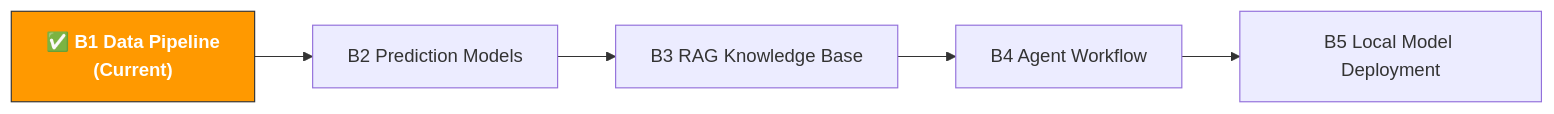
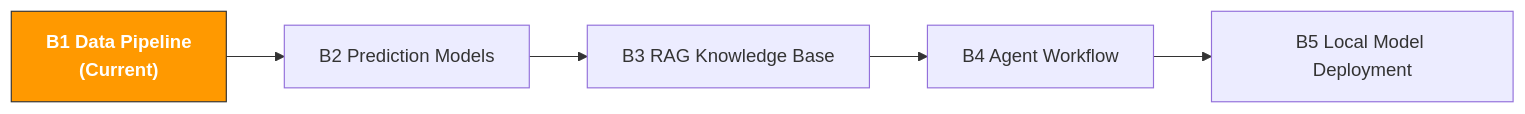
One commit to kangise/ecommerce-ai-roadmap changed the diagram in en/paths/b-developers/b1-data-pipeline.md. Above: the diagram before and after it, drawn with Mermaid. The commit also changed other lines of this file and 185 other files, not shown here.

````diff
--- a/en/paths/b-developers/b1-data-pipeline.md
+++ b/en/paths/b-developers/b1-data-pipeline.md
@@ -16,13 +16,13 @@
 ```mermaid
 flowchart LR
-    B1["✅ B1 Data Pipeline<br/>(Current)"]:::current
-    B1 --> B2
-    B2["B2 Prediction Models"]
-    B2 --> B3
-    B3["B3 RAG Knowledge Base"]
-    B3 --> B4
-    B4["B4 Agent Workflow"]
-    B4 --> B5
-    B5["B5 Local Model Deployment"]
-    classDef current fill:#ff9900,stroke:#333,color:#fff,font-weight:bold
+B1[" B1 Data Pipeline<br/>(Current)"]:::current
+B1 --> B2
+B2["B2 Prediction Models"]
+B2 --> B3
+B3["B3 RAG Knowledge Base"]
+B3 --> B4
+B4["B4 Agent Workflow"]
+B4 --> B5
+B5["B5 Local Model Deployment"]
+classDef current fill:#ff9900,stroke:#333,color:#fff,font-weight:bold
 ```
````
